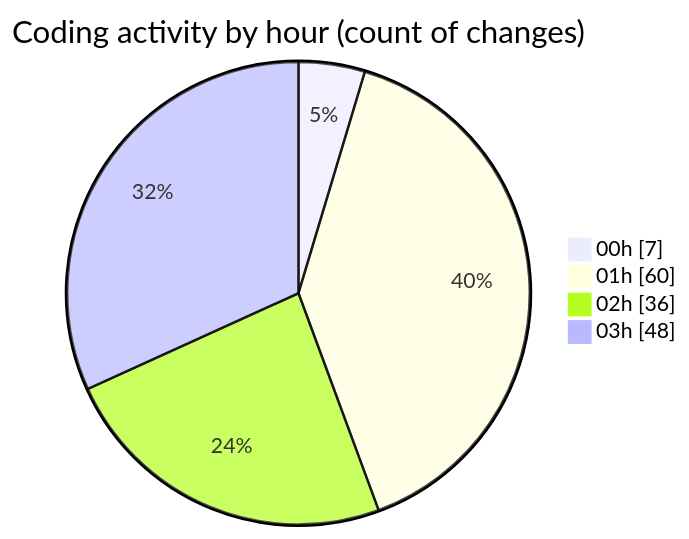
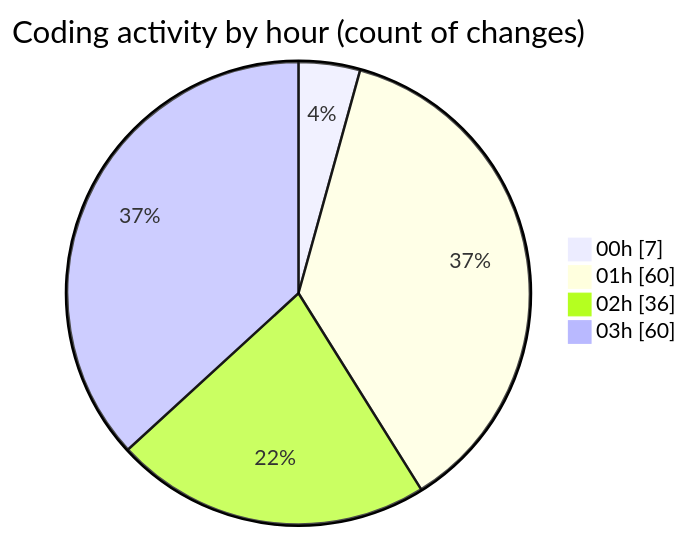
One commit to julien-gomy/code-tracking changed the second of 2 diagrams in 2025-10-07/eventscop-frontend-guide__workspace_/README.md. Above: the diagram before and after it, drawn with Mermaid. The commit also changed other lines of this file and 1 other file, not shown here.

````diff
--- a/2025-10-07/eventscop-frontend-guide__workspace_/README.md
+++ b/2025-10-07/eventscop-frontend-guide__workspace_/README.md
@@ -88,8 +92,8 @@
 ```mermaid
 pie showData
 title Coding activity by hour (count of changes)
 "00h" : 7
 "01h" : 60
 "02h" : 36
-"03h" : 48
+"03h" : 60
 ```
````
